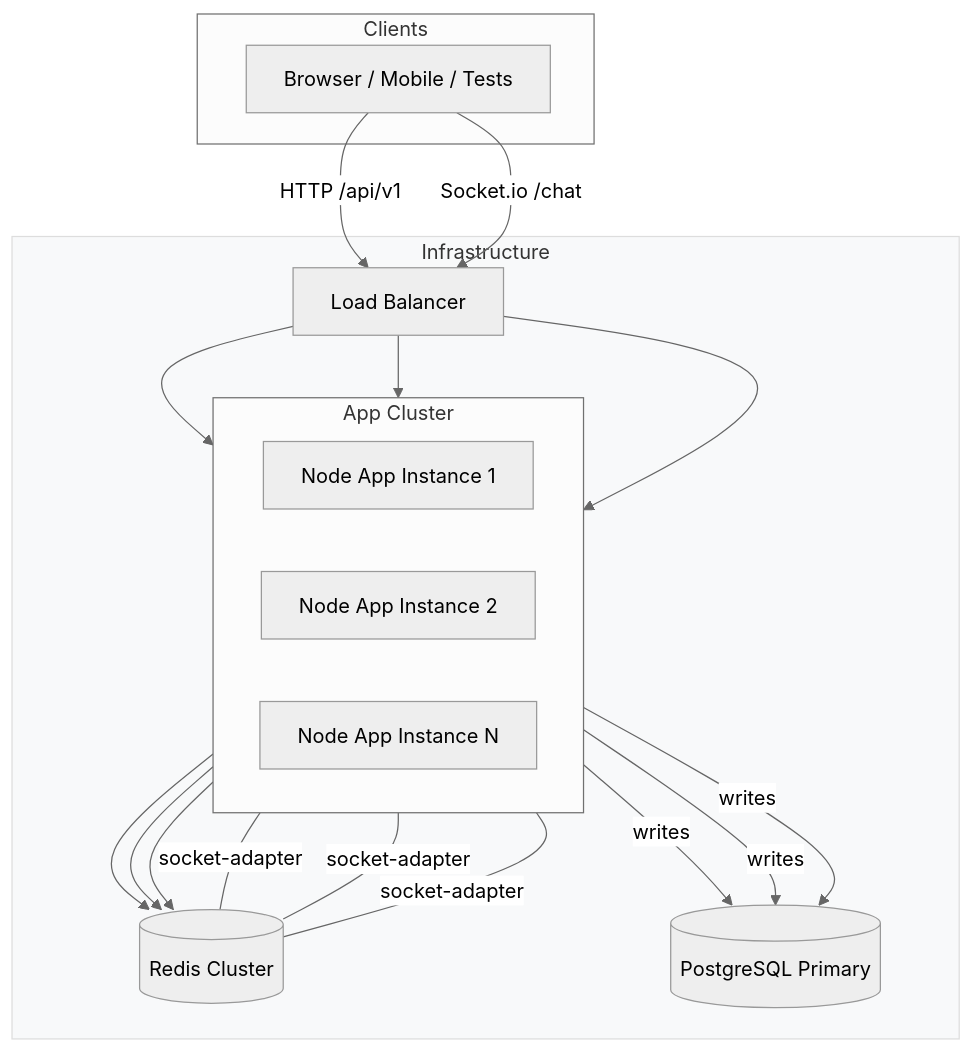
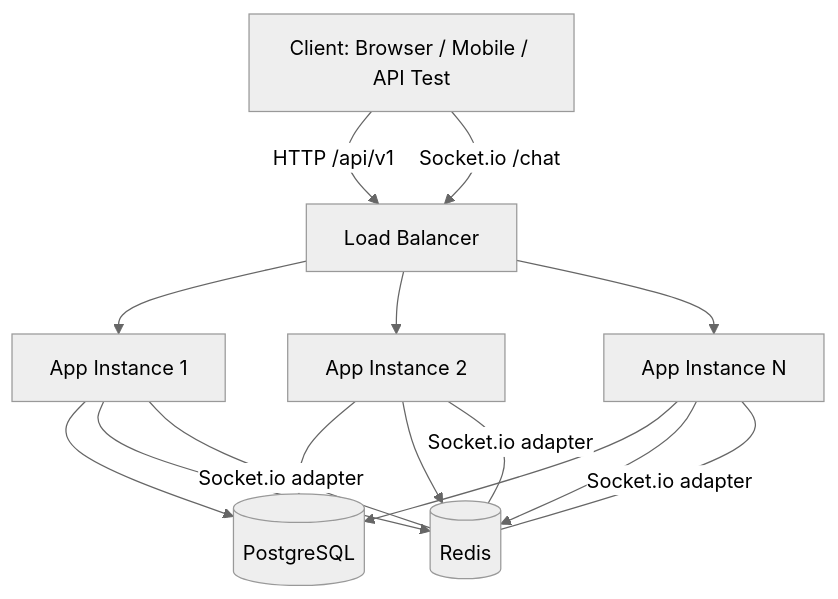
The diagram in ARCHITECTURE.md (gazi275/Anonymous-Chat-API), drawn with Mermaid (neutral theme) before and after one commit. The commit also changed other lines of this file and 1 other file, not shown here.

Commit message:
Update documentation in README.md to enhance clarity on architecture and deployment details

````diff
--- a/ARCHITECTURE.md
+++ b/ARCHITECTURE.md
@@ -3,41 +11,21 @@
 ```mermaid
-%% Detailed system diagram showing components and message flow
 flowchart TB
-  subgraph client_side [Clients]
-    A[Browser / Mobile / Tests]
-  end
+  C[Client: Browser / Mobile / API Test] -->|HTTP /api/v1| LB[Load Balancer]
+  C -->|Socket.io /chat| LB
 
-  subgraph infra [Infrastructure]
-    LB[Load Balancer]
-    subgraph apps [App Cluster]
-      direction LR
-      App1[Node App Instance 1]
-      App2[Node App Instance 2]
-      App3[Node App Instance N]
-    end
+  LB --> A1[App Instance 1]
+  LB --> A2[App Instance 2]
+  LB --> A3[App Instance N]
 
-    Redis[(Redis Cluster)]
-    Postgres[(PostgreSQL Primary)]
-  end
+  A1 --> P[(PostgreSQL)]
+  A2 --> P
+  A3 --> P
 
-  A -->|HTTP /api/v1| LB
-  A -->|Socket.io /chat| LB
-  LB --> App1
-  LB --> App2
-  LB --> App3
+  A1 --> R[(Redis)]
+  A2 --> R
+  A3 --> R
 
-  App1 -->|writes| Postgres
-  App2 -->|writes| Postgres
-  App3 -->|writes| Postgres
-
-  App1 --> Redis
-  App2 --> Redis
-  App3 --> Redis
-
-  App1 ---|socket-adapter| Redis
-  App2 ---|socket-adapter| Redis
-  App3 ---|socket-adapter| Redis
-
-  classDef infra fill:#f8f9fa,stroke:#ddd
-  class infra infra
+  A1 ---|Socket.io adapter| R
+  A2 ---|Socket.io adapter| R
+  A3 ---|Socket.io adapter| R
 ```
````
